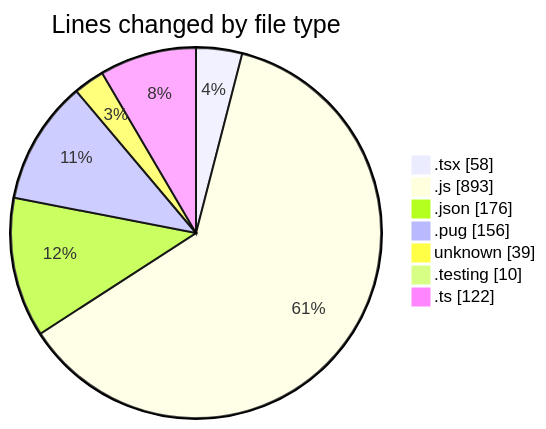
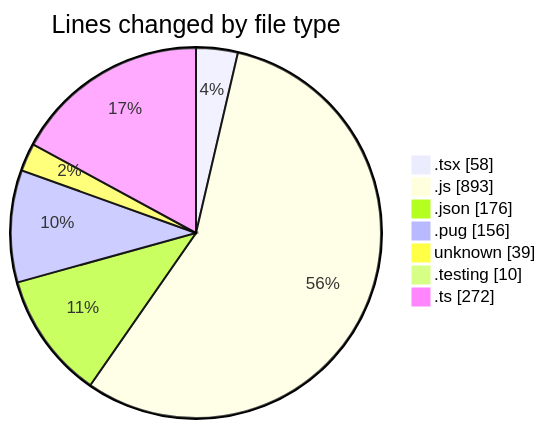
One commit to momahboobian/code-tracking changed the first of 2 diagrams in 2025-03-07/cda/README.md. Above: the diagram before and after it, drawn with Mermaid. The commit also changed other lines of this file and 1 other file, not shown here.

````diff
--- a/2025-03-07/cda/README.md
+++ b/2025-03-07/cda/README.md
@@ -31,11 +32,11 @@
 ```mermaid
 pie showData
 title Lines changed by file type
 ".tsx" : 58
 ".js" : 893
 ".json" : 176
 ".pug" : 156
 "unknown" : 39
 ".testing" : 10
-".ts" : 122
+".ts" : 272
 ```
````
